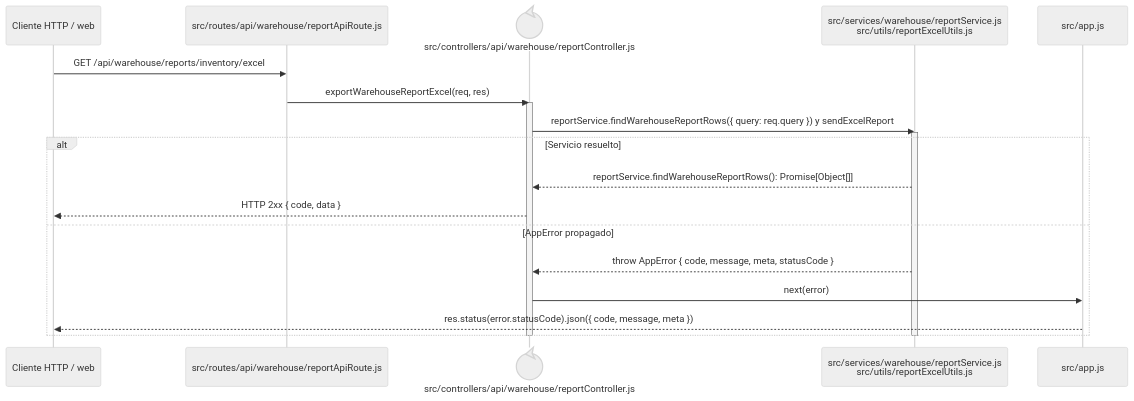
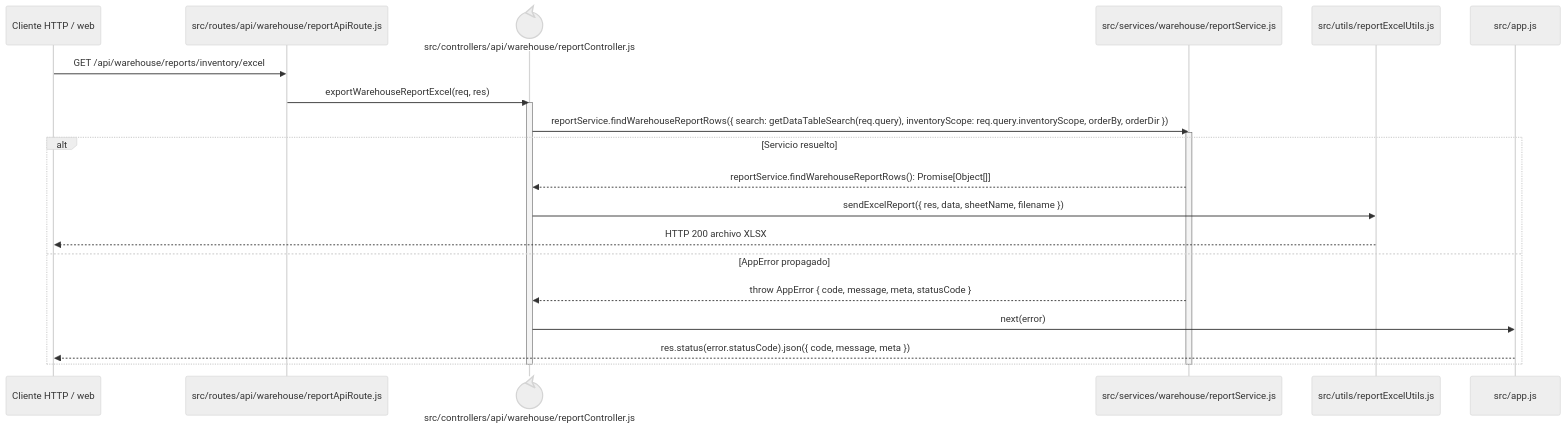
One commit to gpgsistemas01/nexus changed the diagram in docs/architecture/backend-code-sequences/catalogs/cu-alm-06.md. Above: the diagram before and after it, drawn with Mermaid (neutral theme). The commit also changed 22 other files, not shown here.

````diff
--- a/docs/architecture/backend-code-sequences/catalogs/cu-alm-06.md
+++ b/docs/architecture/backend-code-sequences/catalogs/cu-alm-06.md
@@ -6,24 +6,26 @@
 ```mermaid
 sequenceDiagram
     participant Client as Cliente HTTP / web
     participant Route as src/routes/api/warehouse/reportApiRoute.js
     participant Controller@{ "type": "control" } as src/controllers/api/warehouse/reportController.js
-    participant Domain as src/services/warehouse/reportService.js<br/>src/utils/reportExcelUtils.js
+    participant Query as src/services/warehouse/reportService.js
+    participant Excel as src/utils/reportExcelUtils.js
     participant ErrorHandler as src/app.js
 
     Client->>Route: GET /api/warehouse/reports/inventory/excel
     Route->>Controller: exportWarehouseReportExcel(req, res)
     activate Controller
-    Controller->>Domain: reportService.findWarehouseReportRows({ query: req.query }) y sendExcelReport
-    activate Domain
+    Controller->>Query: reportService.findWarehouseReportRows({ search: getDataTableSearch(req.query), inventoryScope: req.query.inventoryScope, orderBy, orderDir })
+    activate Query
     alt Servicio resuelto
-        Domain-->>Controller: reportService.findWarehouseReportRows(): Promise[Object[]]
-        Controller-->>Client: HTTP 2xx { code, data }
+        Query-->>Controller: reportService.findWarehouseReportRows(): Promise[Object[]]
+        Controller->>Excel: sendExcelReport({ res, data, sheetName, filename })
+        Excel-->>Client: HTTP 200 archivo XLSX
     else AppError propagado
-        Domain-->>Controller: throw AppError { code, message, meta, statusCode }
+        Query-->>Controller: throw AppError { code, message, meta, statusCode }
         Controller->>ErrorHandler: next(error)
         ErrorHandler-->>Client: res.status(error.statusCode).json({ code, message, meta })
     end
-    deactivate Domain
+    deactivate Query
     deactivate Controller
 ```
````
